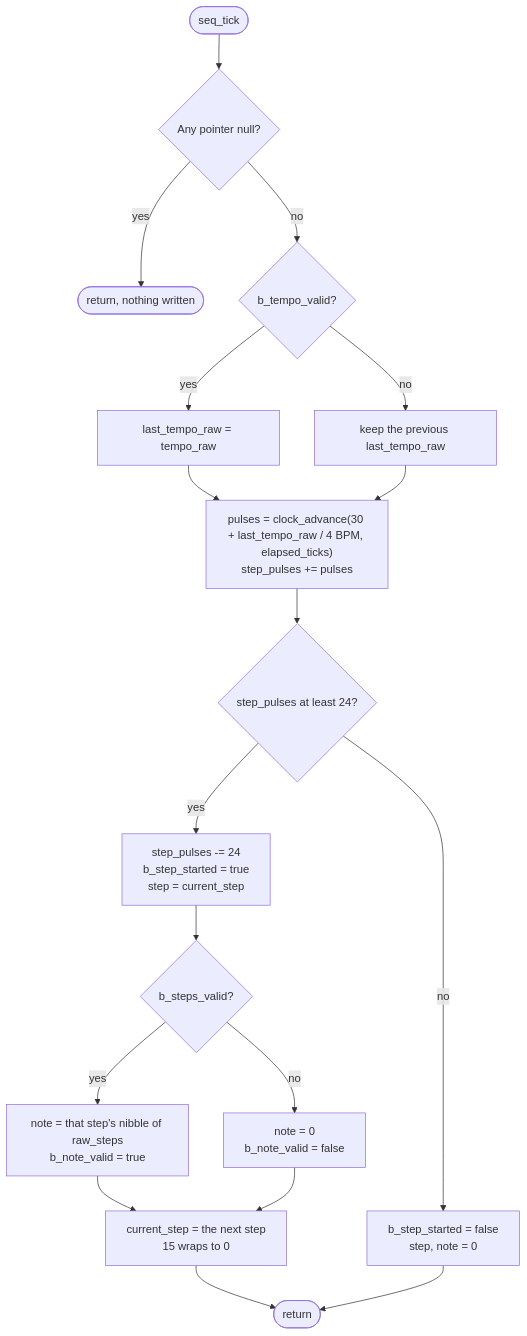
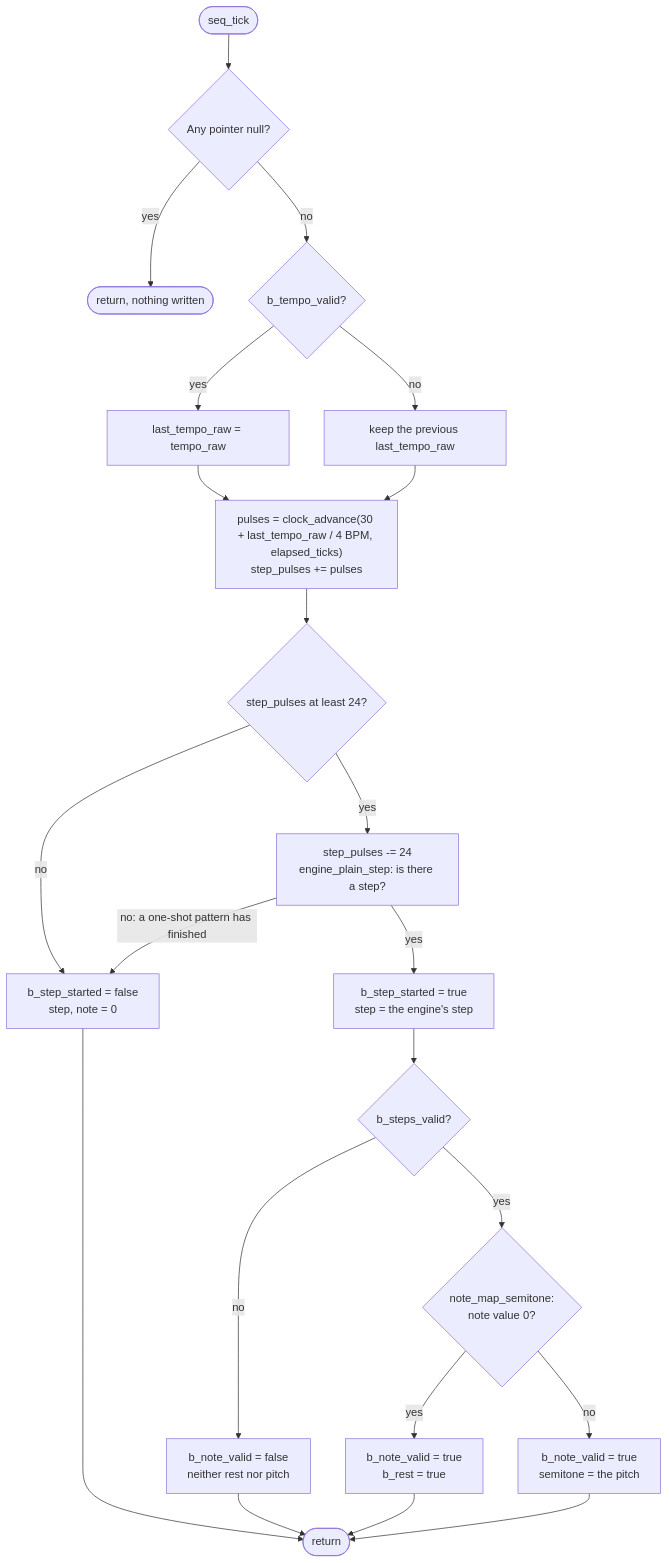
One commit to BonelessPig/nano_sequencer changed the seventh of 19 diagrams in docs/ARCHITECTURE.md. Above: the diagram before and after it, drawn with Mermaid. The commit also changed other lines of this file and 33 other files, not shown here.

````diff
--- a/docs/ARCHITECTURE.md
+++ b/docs/ARCHITECTURE.md
@@ -241,20 +277,24 @@
 ```mermaid
 flowchart TD
     start(["seq_tick"]) --> nullcheck{"Any pointer null?"}
     nullcheck -->|"yes"| done(["return, nothing written"])
     nullcheck -->|"no"| tempo{"b_tempo_valid?"}
     tempo -->|"yes"| store["last_tempo_raw = tempo_raw"]
     tempo -->|"no"| keep["keep the previous last_tempo_raw"]
     store --> clock
     keep --> clock
     clock["pulses = clock_advance(30 + last_tempo_raw / 4 BPM, elapsed_ticks)<br/>step_pulses += pulses"] --> due{"step_pulses at least 24?"}
     due -->|"no"| idle["b_step_started = false<br/>step, note = 0"]
-    due -->|"yes"| begin["step_pulses -= 24<br/>b_step_started = true<br/>step = current_step"]
+    due -->|"yes"| ask["step_pulses -= 24<br/>engine_plain_step: is there a step?"]
+    ask -->|"no: a one-shot pattern has finished"| idle
+    ask -->|"yes"| begin["b_step_started = true<br/>step = the engine's step"]
     begin --> steps{"b_steps_valid?"}
-    steps -->|"yes"| decode["note = that step's nibble of raw_steps<br/>b_note_valid = true"]
-    steps -->|"no"| zero["note = 0<br/>b_note_valid = false"]
-    decode --> advance
-    zero --> advance
-    advance["current_step = the next step<br/>15 wraps to 0"] --> out(["return"])
+    steps -->|"no"| unknown["b_note_valid = false<br/>neither rest nor pitch"]
+    steps -->|"yes"| map{"note_map_semitone:<br/>note value 0?"}
+    map -->|"yes"| rest["b_note_valid = true<br/>b_rest = true"]
+    map -->|"no"| pitch["b_note_valid = true<br/>semitone = the pitch"]
+    unknown --> out(["return"])
+    rest --> out
+    pitch --> out
     idle --> out
 ```
````
